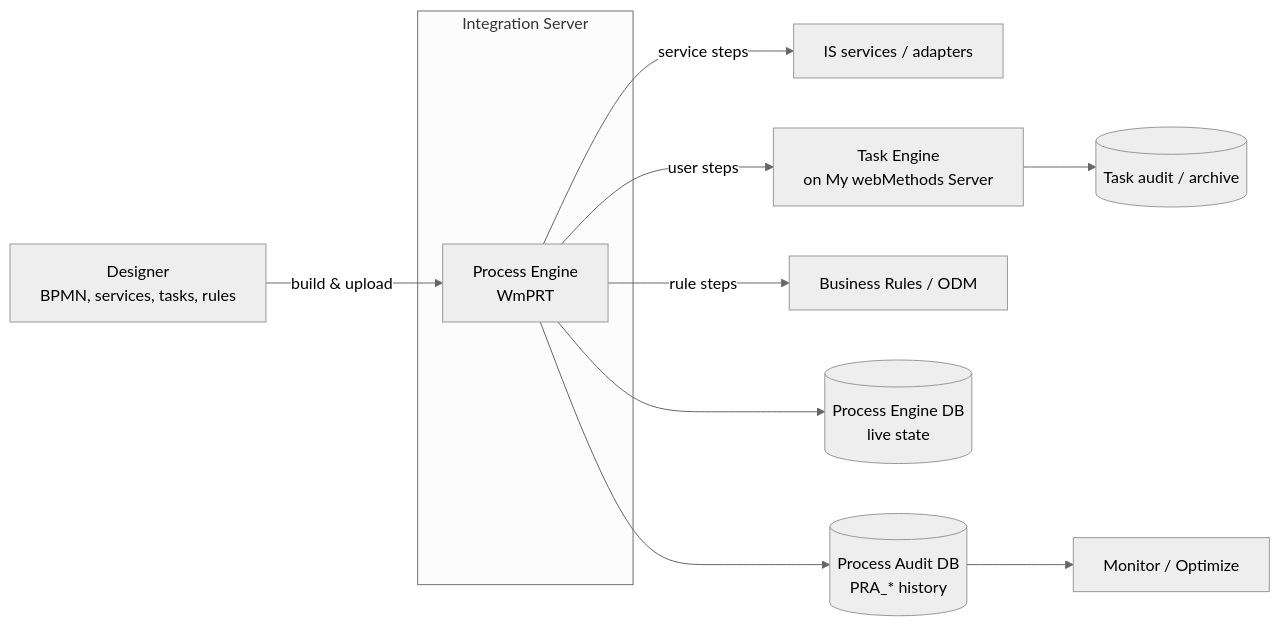
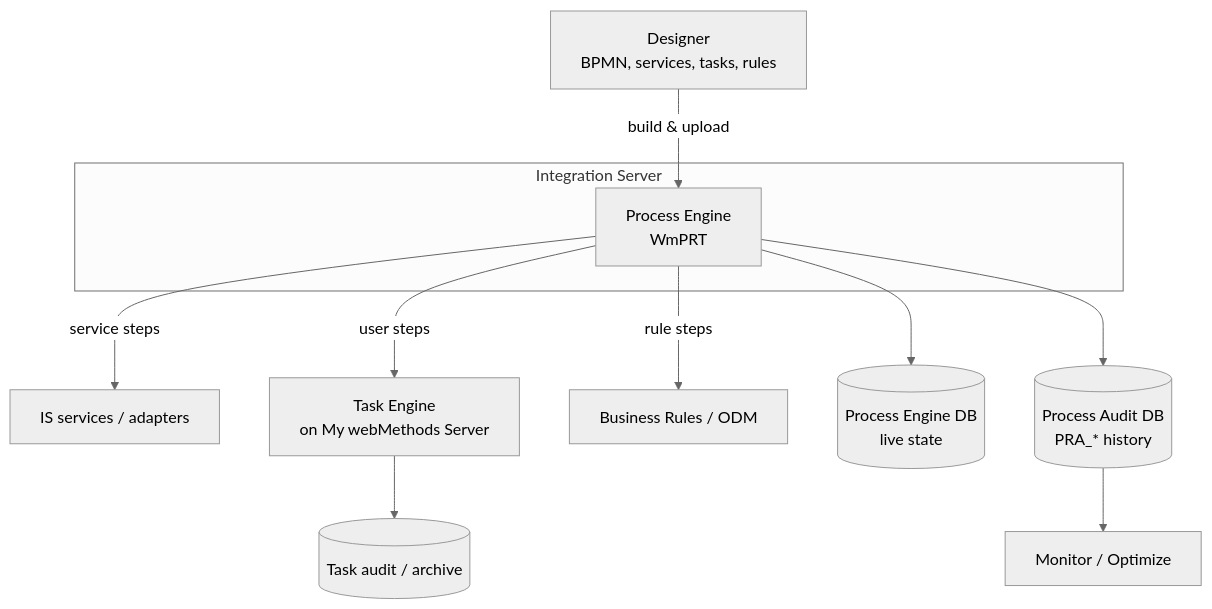
The diagram in README.md (xudaniel/webmethods-bpms-academy), drawn with Mermaid (neutral theme) before and after one commit. The commit also changed other lines of this file and 1 other file, not shown here.

````diff
--- a/README.md
+++ b/README.md
@@ -255,14 +246,14 @@
 ```mermaid
-flowchart LR
+flowchart TD
     D[Designer<br/>BPMN, services, tasks, rules] -->|build & upload| PE
     subgraph IS[Integration Server]
       PE[Process Engine<br/>WmPRT]
     end
     PE -->|service steps| SVC[IS services / adapters]
     PE -->|user steps| TE[Task Engine<br/>on My webMethods Server]
     PE -->|rule steps| R[Business Rules / ODM]
     PE --> PEDB[(Process Engine DB<br/>live state)]
     PE --> PA[(Process Audit DB<br/>PRA_* history)]
     TE --> TA[(Task audit / archive)]
     PA --> MON[Monitor / Optimize]
 ```
````
